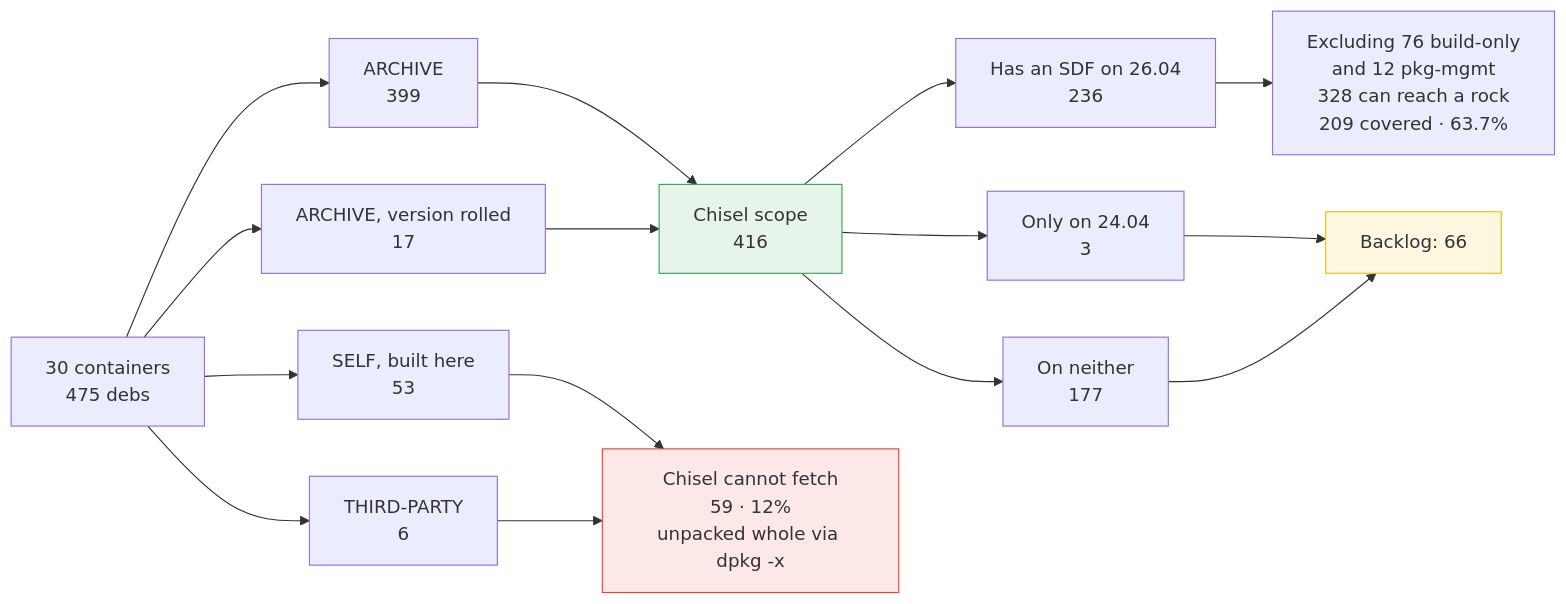
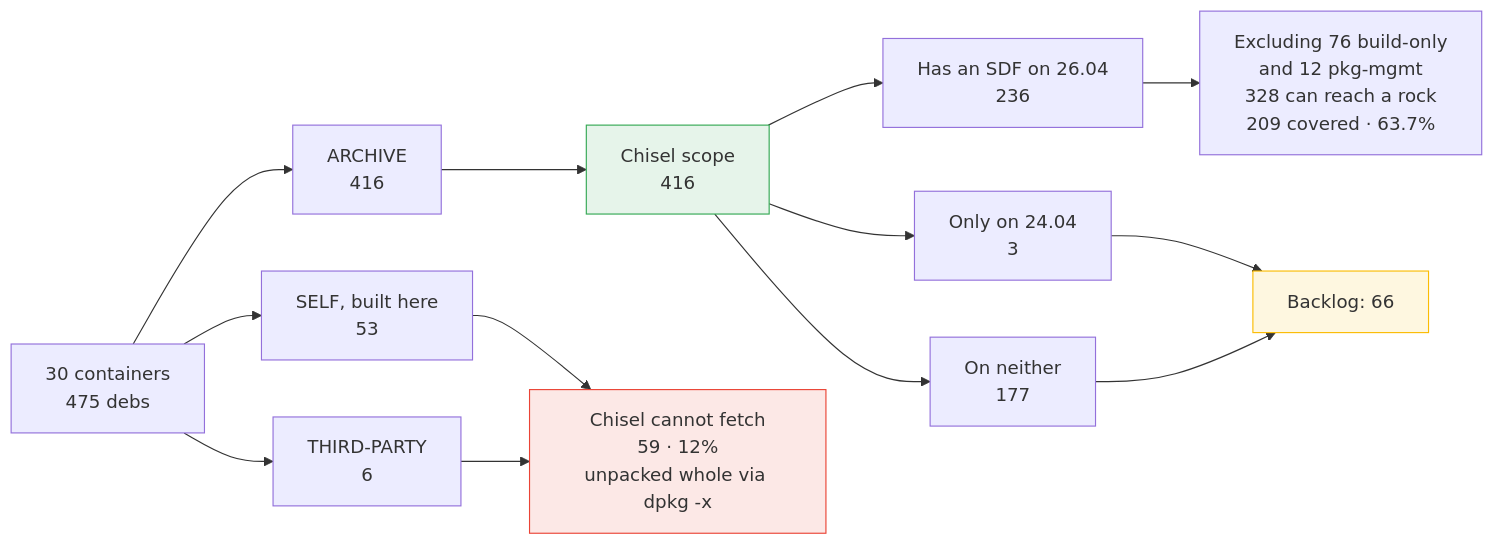
The second of 3 diagrams in docs/superpowers/2026-09-21-resolute-sonic-chisel-blueprint-en.md (canonical/sonic-buildimage), drawn with Mermaid before and after one commit. The commit also changed other lines of this file and 1 other file, not shown here.

First line of the commit message:
docs(resolute): fold the version-drift packages back into ARCHIVE

````diff
--- a/docs/superpowers/2026-09-21-resolute-sonic-chisel-blueprint-en.md
+++ b/docs/superpowers/2026-09-21-resolute-sonic-chisel-blueprint-en.md
@@ -69,21 +69,19 @@
 ```mermaid
 graph LR
     A["30 containers<br/>475 debs"]
-    A --> R1["ARCHIVE<br/>399"]
-    A --> R2["ARCHIVE, version rolled<br/>17"]
+    A --> R1["ARCHIVE<br/>416"]
     A --> R3["SELF, built here<br/>53"]
     A --> R4["THIRD-PARTY<br/>6"]
     R1 --> S["Chisel scope<br/>416"]
-    R2 --> S
     R3 --> X["Chisel cannot fetch<br/>59 · 12%<br/>unpacked whole via dpkg -x"]
     R4 --> X
     S --> S1["Has an SDF on 26.04<br/>236"]
     S --> S2["Only on 24.04<br/>3"]
     S --> S3["On neither<br/>177"]
     S1 --> Y["Excluding 76 build-only<br/>and 12 pkg-mgmt<br/>328 can reach a rock<br/>209 covered · 63.7%"]
     S2 --> Z["Backlog: 66"]
     S3 --> Z
     style S fill:#e6f4ea,stroke:#34a853
     style X fill:#fce8e6,stroke:#ea4335
     style Z fill:#fef7e0,stroke:#fbbc04
 ```
````
